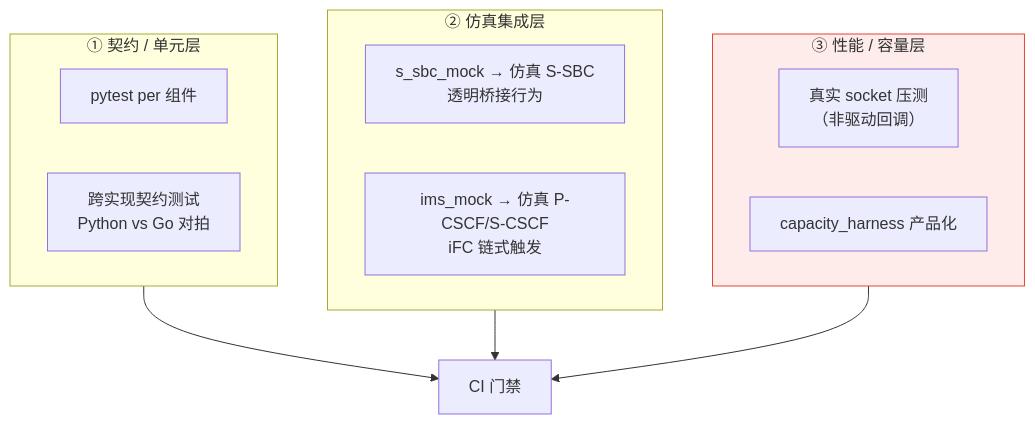
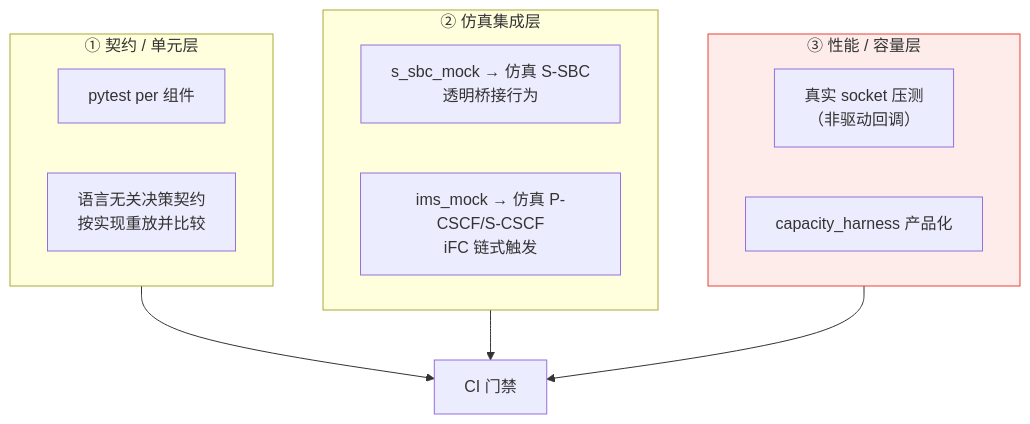
Before and after one commit to dolanshu/3rdparty-as: diagram 12 of 12 in docs/architecture/新系统整体架构.md, drawn with Mermaid. The commit also changed other lines of this file and 74 other files, not shown here.

````diff
--- a/docs/architecture/新系统整体架构.md
+++ b/docs/architecture/新系统整体架构.md
@@ -616,19 +570,19 @@
 ```mermaid
 flowchart TB
     subgraph T1["① 契约 / 单元层"]
         C1["pytest per 组件"]
-        C2["跨实现契约测试<br/>Python vs Go 对拍"]
+        C2["语言无关决策契约<br/>按实现重放并比较"]
     end
     subgraph T2["② 仿真集成层"]
         S11["s_sbc_mock → 仿真 S-SBC<br/>透明桥接行为"]
         S12["ims_mock → 仿真 P-CSCF/S-CSCF<br/>iFC 链式触发"]
     end
     subgraph T3["③ 性能 / 容量层"]
         P11["真实 socket 压测<br/>（非驱动回调）"]
         P12["capacity_harness 产品化"]
     end
     T1 --> GATE["CI 门禁"]
     T2 --> GATE
     T3 --> GATE
     style T3 fill:#fdecea,stroke:#ea4335
 ```
````
